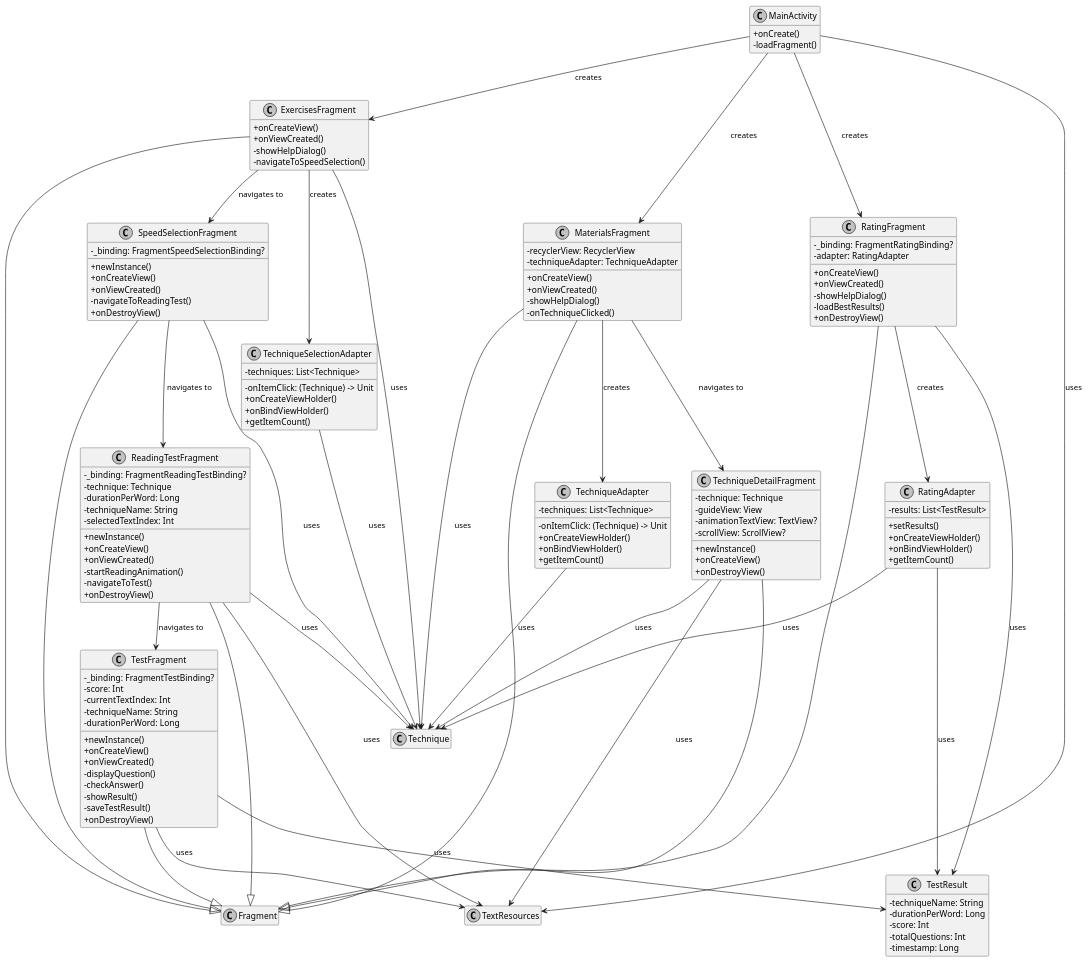
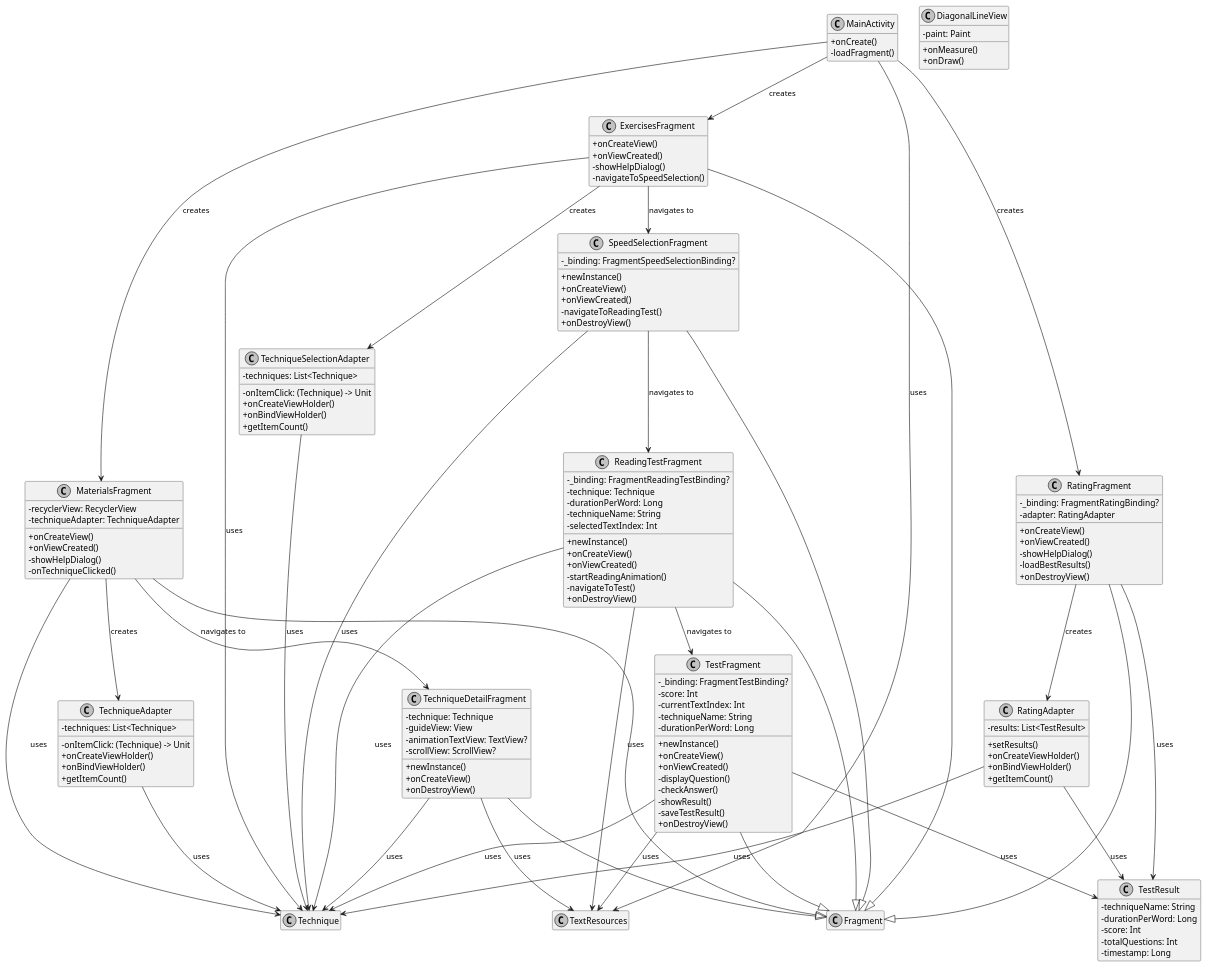
The diagram in diagram4.puml (dmitryvsl/scorochtenie), drawn with PlantUML before and after one commit. The commit also changed 3 other files, not shown here.

```diff
--- a/diagram4.puml
+++ b/diagram4.puml
@@ -1,177 +1,189 @@
 @startuml
 skinparam monochrome true
 skinparam classAttributeIconSize 0
 
 ' Класс MainActivity
 class MainActivity {
   + onCreate()
   - loadFragment()
 }
 
 ' Класс ExercisesFragment
 class ExercisesFragment {
   + onCreateView()
   + onViewCreated()
   - showHelpDialog()
   - navigateToSpeedSelection()
 }
 
 ' Класс MaterialsFragment
 class MaterialsFragment {
   - recyclerView: RecyclerView
   - techniqueAdapter: TechniqueAdapter
   + onCreateView()
   + onViewCreated()
   - showHelpDialog()
   - onTechniqueClicked()
 }
 
 ' Класс RatingFragment
 class RatingFragment {
   - _binding: FragmentRatingBinding?
   - adapter: RatingAdapter
   + onCreateView()
   + onViewCreated()
   - showHelpDialog()
   - loadBestResults()
   + onDestroyView()
 }
 
 ' Класс ReadingTestFragment
 class ReadingTestFragment {
   - _binding: FragmentReadingTestBinding?
   - technique: Technique
   - durationPerWord: Long
   - techniqueName: String
   - selectedTextIndex: Int
   + newInstance()
   + onCreateView()
   + onViewCreated()
   - startReadingAnimation()
   - navigateToTest()
   + onDestroyView()
 }
 
 ' Класс SpeedSelectionFragment
 class SpeedSelectionFragment {
   - _binding: FragmentSpeedSelectionBinding?
   + newInstance()
   + onCreateView()
   + onViewCreated()
   - navigateToReadingTest()
   + onDestroyView()
 }
 
 ' Класс TechniqueAdapter
 class TechniqueAdapter {
   - techniques: List<Technique>
   - onItemClick: (Technique) -> Unit
   + onCreateViewHolder()
   + onBindViewHolder()
   + getItemCount()
 }
 
 ' Класс TechniqueDetailFragment
 class TechniqueDetailFragment {
   - technique: Technique
   - guideView: View
   - animationTextView: TextView?
   - scrollView: ScrollView?
   + newInstance()
   + onCreateView()
   + onDestroyView()
 }
 
 ' Класс TechniqueSelectionAdapter
 class TechniqueSelectionAdapter {
   - techniques: List<Technique>
   - onItemClick: (Technique) -> Unit
   + onCreateViewHolder()
   + onBindViewHolder()
   + getItemCount()
 }
 
 ' Класс TestFragment
 class TestFragment {
   - _binding: FragmentTestBinding?
   - score: Int
   - currentTextIndex: Int
   - techniqueName: String
   - durationPerWord: Long
   + newInstance()
   + onCreateView()
   + onViewCreated()
   - displayQuestion()
   - checkAnswer()
   - showResult()
   - saveTestResult()
   + onDestroyView()
 }
 
 ' Класс RatingAdapter
 class RatingAdapter {
   - results: List<TestResult>
   + setResults()
   + onCreateViewHolder()
   + onBindViewHolder()
   + getItemCount()
 }
 
 ' Класс TestResult
 class TestResult {
   - techniqueName: String
   - durationPerWord: Long
   - score: Int
   - totalQuestions: Int
   - timestamp: Long
 }
 
-' Внешние зависимости
-class Technique
+
+
+' Класс DiagonalLineView
+class DiagonalLineView {
+  - paint: Paint
+  + onMeasure()
+  + onDraw()
+}
+
+' Внешняя зависимость
+class TextResources
 
 ' Отношения
 ExercisesFragment --|> Fragment
 MaterialsFragment --|> Fragment
 RatingFragment --|> Fragment
 ReadingTestFragment --|> Fragment
 SpeedSelectionFragment --|> Fragment
 TechniqueDetailFragment --|> Fragment
 TestFragment --|> Fragment
+
 
 MainActivity --> ExercisesFragment : creates
 MainActivity --> MaterialsFragment : creates
 MainActivity --> RatingFragment : creates
 MainActivity --> TextResources : uses
 
 ExercisesFragment --> Technique : uses
 ExercisesFragment --> TechniqueSelectionAdapter : creates
 ExercisesFragment --> SpeedSelectionFragment : navigates to
 
 MaterialsFragment --> Technique : uses
 MaterialsFragment --> TechniqueAdapter : creates
 MaterialsFragment --> TechniqueDetailFragment : navigates to
 
 RatingFragment --> RatingAdapter : creates
 RatingFragment --> TestResult : uses
 
 ReadingTestFragment --> Technique : uses
 ReadingTestFragment --> TextResources : uses
 ReadingTestFragment --> TestFragment : navigates to
 
 SpeedSelectionFragment --> Technique : uses
 SpeedSelectionFragment --> ReadingTestFragment : navigates to
 
 TechniqueAdapter --> Technique : uses
 TechniqueSelectionAdapter --> Technique : uses
 
 TechniqueDetailFragment --> Technique : uses
 TechniqueDetailFragment --> TextResources : uses
 
+TestFragment --> Technique : uses
 TestFragment --> TextResources : uses
 TestFragment --> TestResult : uses
 
 RatingAdapter --> TestResult : uses
 RatingAdapter --> Technique : uses
 
+
 hide empty members
 @enduml
```
